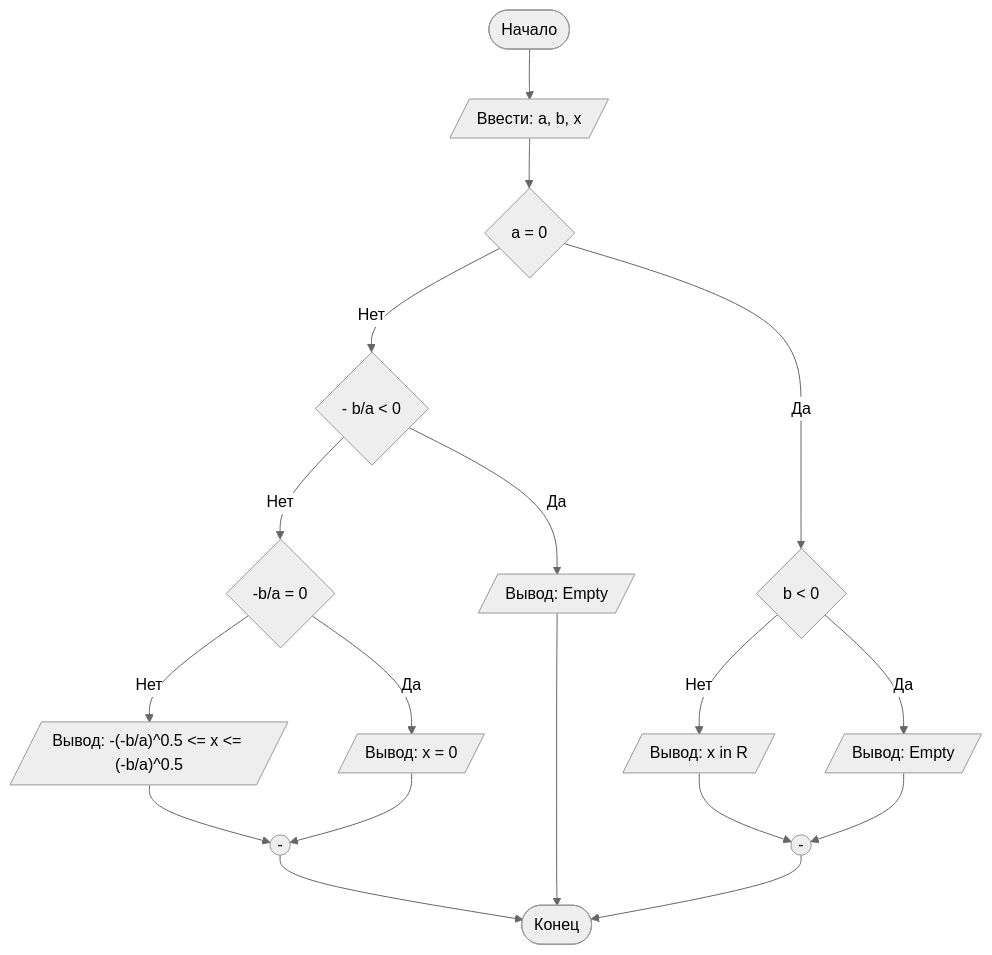
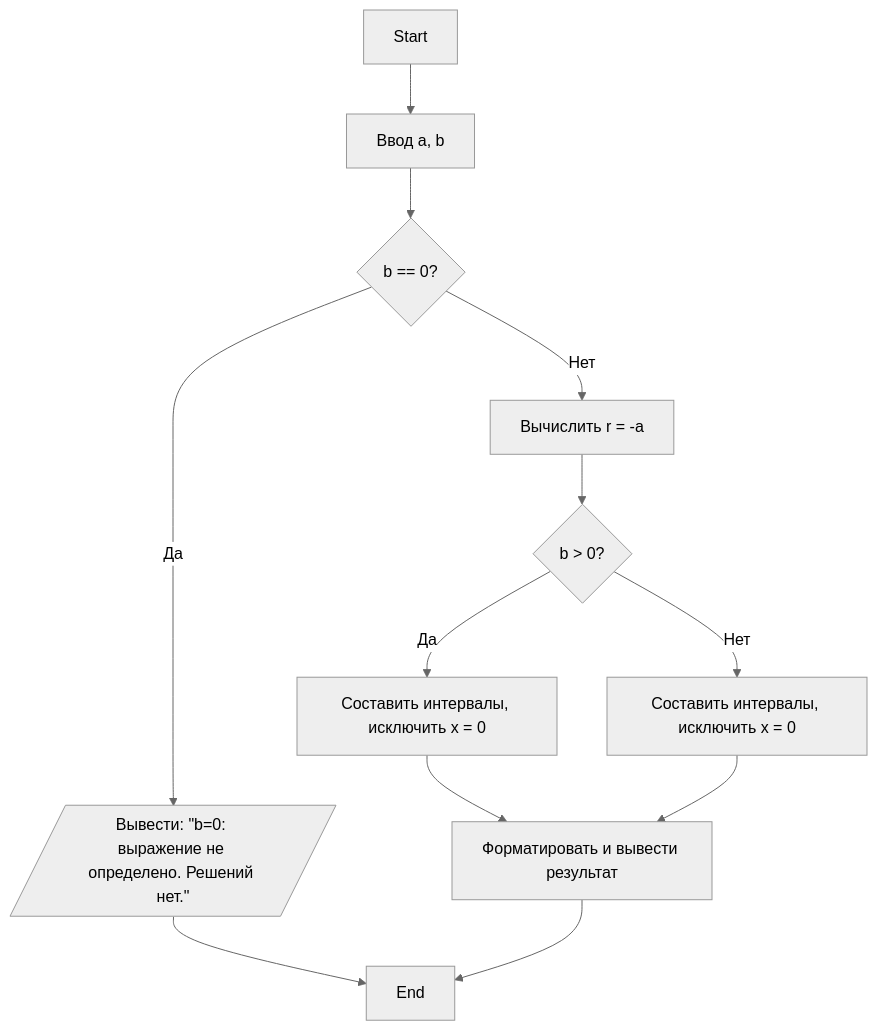
The diagram in README.md (evazagidulinaspb-cmyk/Lab1), drawn with Mermaid (neutral theme) before and after one commit. The commit also changed other lines of this file, not shown here.

````diff
--- a/README.md
+++ b/README.md
@@ -100,21 +94,14 @@
 ```mermaid
 graph TD
-    A([Начало]) --> B[/Ввести: a, b, x/]
-    B --> C{a = 0}
-    C -- Нет --> D{- b/a < 0}
-    D -- Нет --> E{"-b/a = 0"}
-    E -- Нет --> F[/"Вывод: -(-b/a)^0.5 <= x <= (-b/a)^0.5"/]
-    E -- Да --> G[/Вывод: x = 0/]
-    D -- Да --> H[/Вывод: Empty/]
-    C -- Да --> I{b < 0}
-    I -- Нет --> J[/Вывод: x in R/]
-    I -- Да --> K[/Вывод: Empty/]
-    J --> M(("-"))
-    K --> M
-    G --> L(("-"))
-    H ----> Z
-    F --> L
-    M --> Z
-    L --> Z([Конец])
+    A[Start] --> B[Ввод a, b]
+    B --> C{b == 0?}
+    C -- Да --> D[/Вывести: "b=0: выражение не определено. Решений нет."/] --> Z[End]
+    C -- Нет --> E[Вычислить r = -a]
+    E --> F{b > 0?}
+    F -- Да --> G[Составить интервалы, исключить x = 0]
+    F -- Нет --> H[Составить интервалы, исключить x = 0]
+    G --> I[Форматировать и вывести результат]
+    H --> I
+    I --> Z[End]
 
 ```
````
